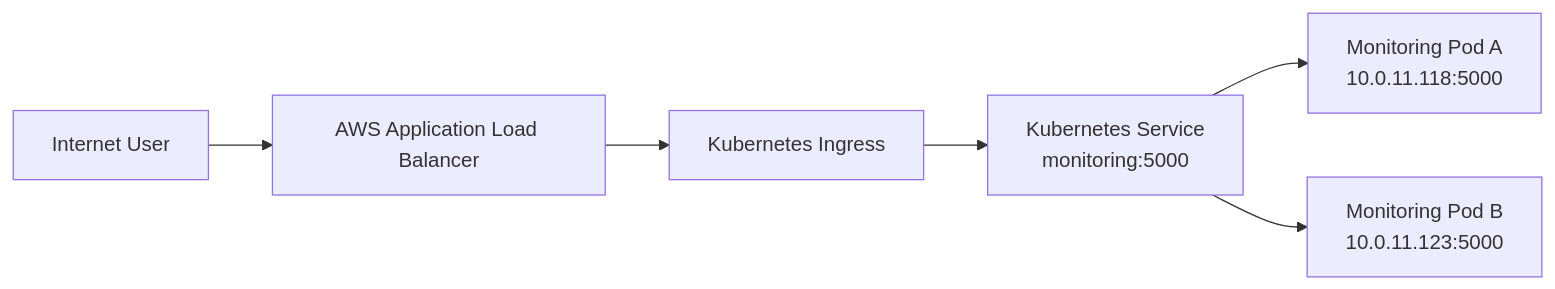
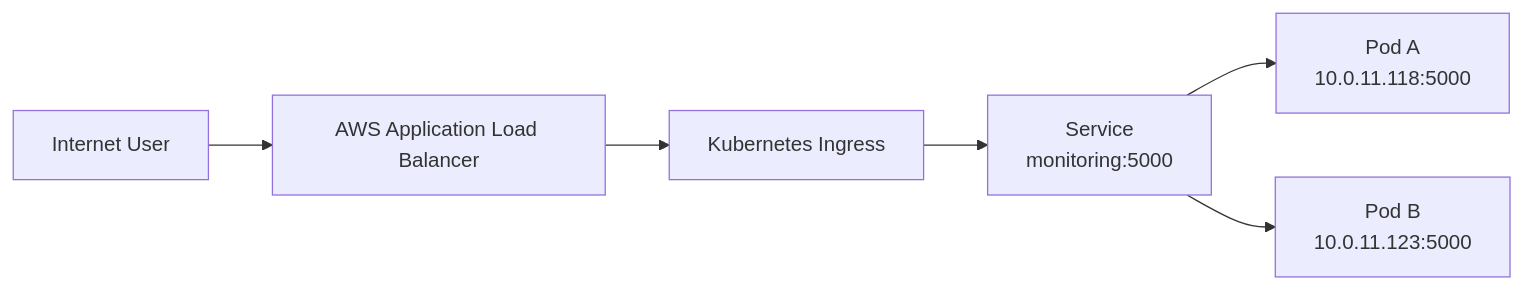
Before and after one commit to hammadqureshi31/cloud-native-monitoring: the fifth of 11 diagrams in README.md, drawn with Mermaid. The commit also changed other lines of this file, not shown here.

````diff
--- a/README.md
+++ b/README.md
@@ -1734,19 +356,8 @@
 ```mermaid
 flowchart LR
-    U[Internet User]
-
-    ALB[AWS Application Load Balancer]
-
-    ING[Kubernetes Ingress]
-
-    SVC[Kubernetes Service<br/>monitoring:5000]
-
-    P1[Monitoring Pod A<br/>10.0.11.118:5000]
-    P2[Monitoring Pod B<br/>10.0.11.123:5000]
-
-    U --> ALB
-    ALB --> ING
-    ING --> SVC
-    SVC --> P1
-    SVC --> P2
+    U[Internet User] --> ALB[AWS Application Load Balancer]
+    ALB --> ING[Kubernetes Ingress]
+    ING --> SVC[Service<br/>monitoring:5000]
+    SVC --> P1[Pod A<br/>10.0.11.118:5000]
+    SVC --> P2[Pod B<br/>10.0.11.123:5000]
 ```
````
